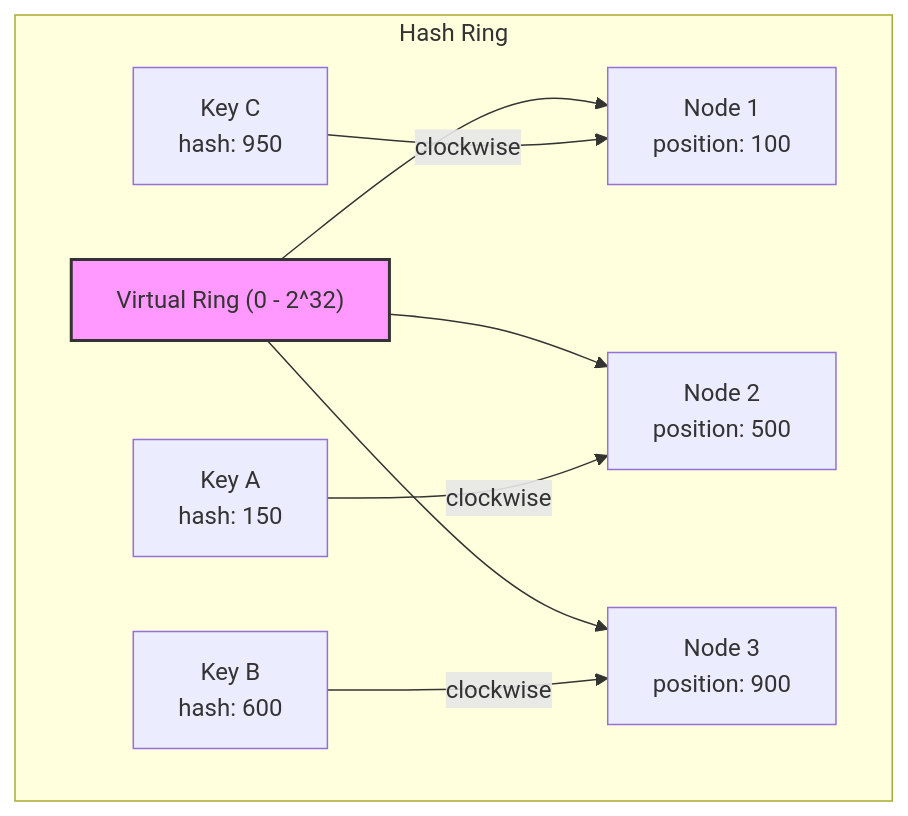
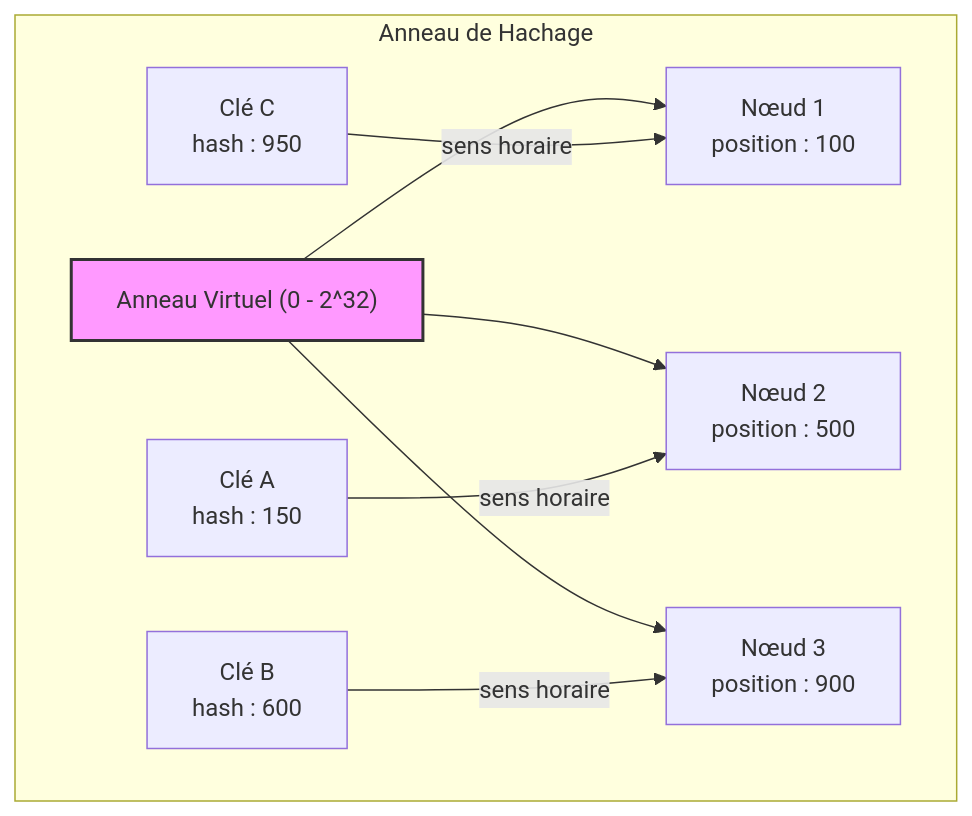
The sixth of 7 diagrams in src/data-store/01-partitioning.md (dardourimohamed/distributed-systems-course), drawn with Mermaid before and after one commit. The commit also changed other lines of this file and 38 other files, not shown here.

````diff
--- a/src/data-store/01-partitioning.md
+++ b/src/data-store/01-partitioning.md
@@ -244,24 +244,24 @@
 ```mermaid
 graph TB
-    subgraph "Hash Ring"
-        Ring["Virtual Ring (0 - 2^32)"]
+    subgraph "Anneau de Hachage"
+        Ring["Anneau Virtuel (0 - 2^32)"]
 
-        N1["Node 1<br/>position: 100"]
-        N2["Node 2<br/>position: 500"]
-        N3["Node 3<br/>position: 900"]
+        N1["Nœud 1<br/>position : 100"]
+        N2["Nœud 2<br/>position : 500"]
+        N3["Nœud 3<br/>position : 900"]
 
-        K1["Key A<br/>hash: 150"]
-        K2["Key B<br/>hash: 600"]
-        K3["Key C<br/>hash: 950"]
+        K1["Clé A<br/>hash : 150"]
+        K2["Clé B<br/>hash : 600"]
+        K3["Clé C<br/>hash : 950"]
     end
 
     Ring --> N1
     Ring --> N2
     Ring --> N3
 
-    K1 -->|"clockwise"| N2
-    K2 -->|"clockwise"| N3
-    K3 -->|"clockwise"| N1
+    K1 -->|"sens horaire"| N2
+    K2 -->|"sens horaire"| N3
+    K3 -->|"sens horaire"| N1
 
     style Ring fill:#f9f,stroke:#333,stroke-width:2px
 ```
````
